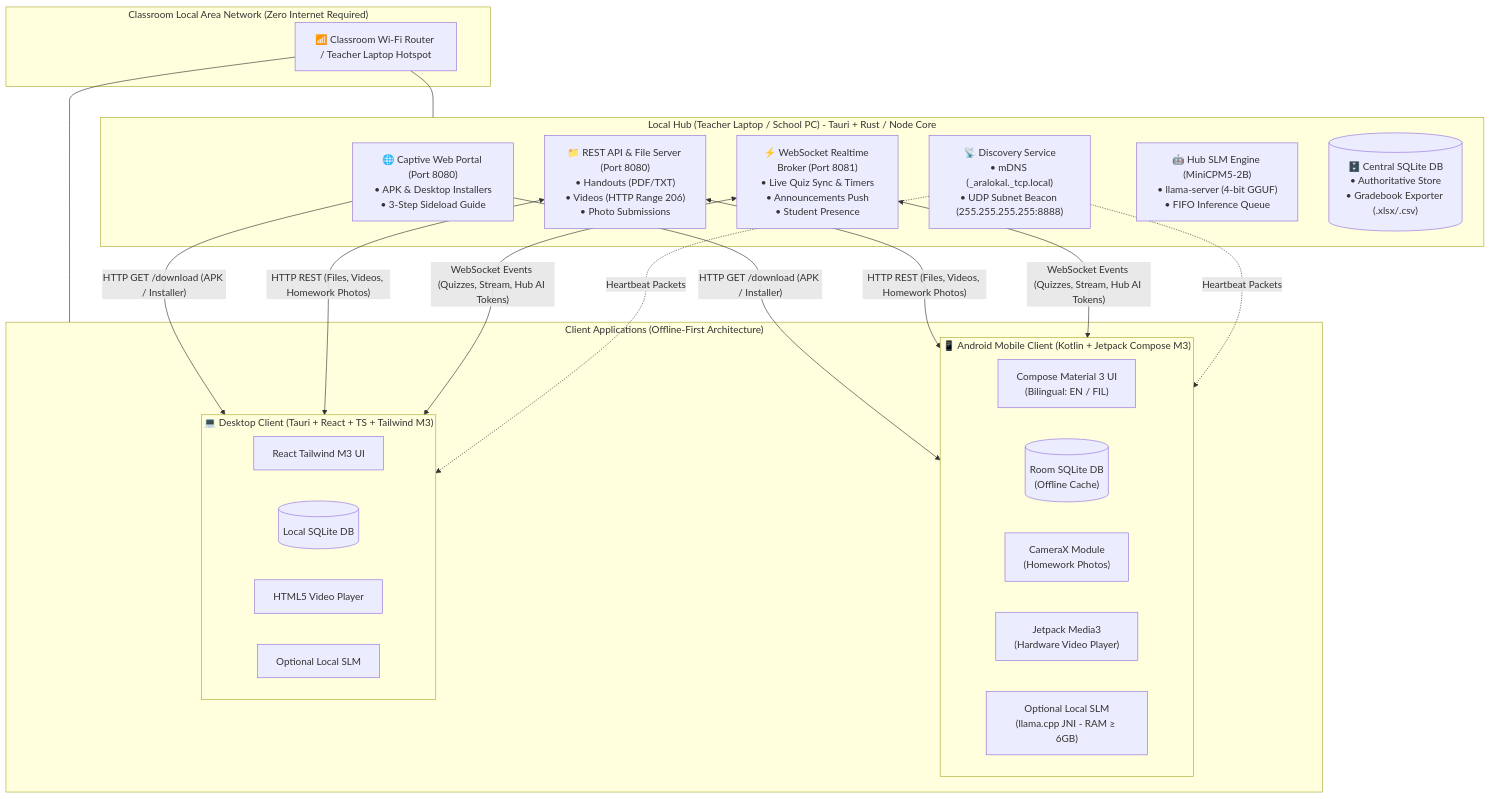
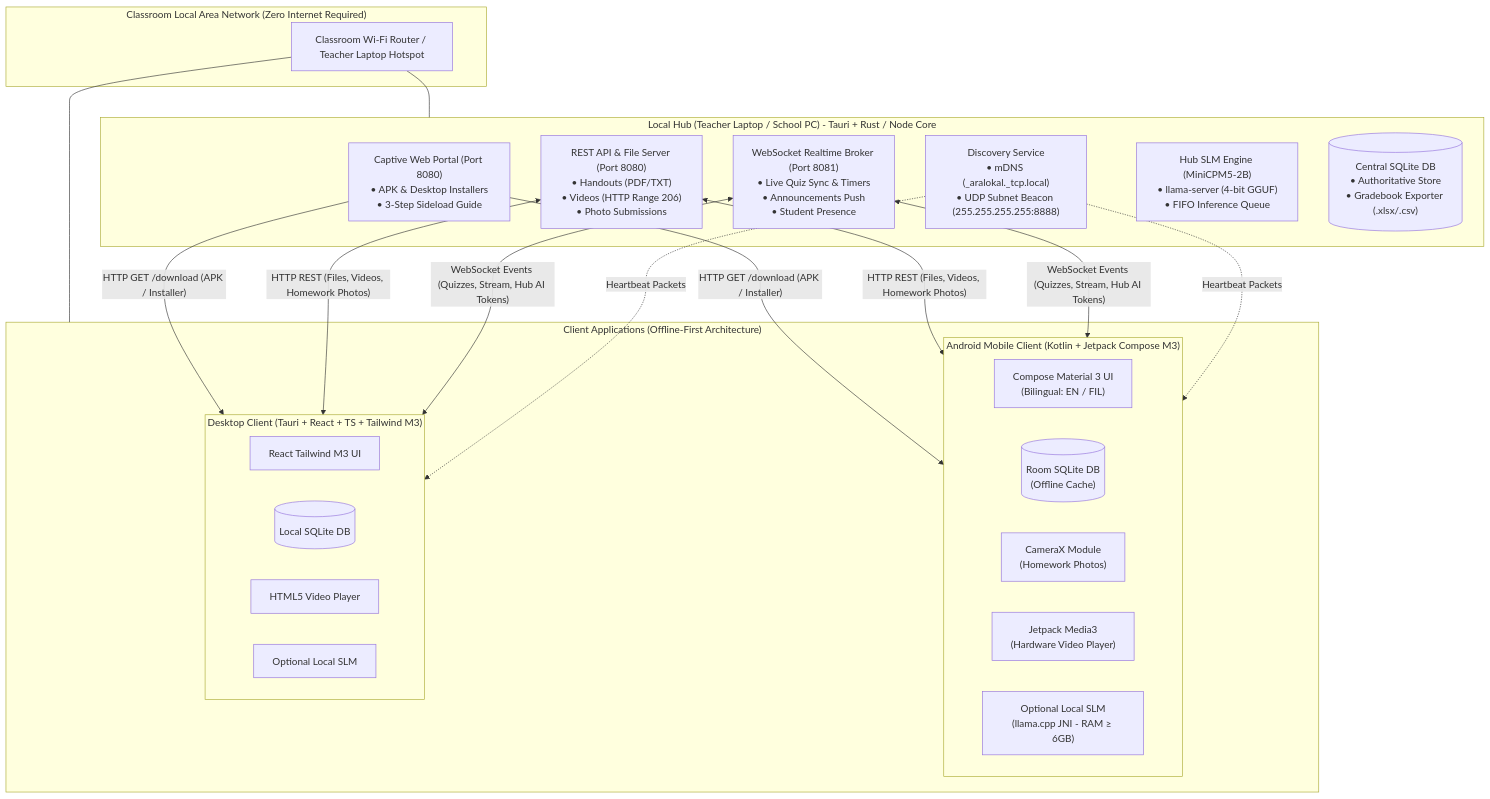
The first of 3 diagrams in README.md (BootlegYouki/AraLokal), drawn with Mermaid before and after one commit. The commit also changed other lines of this file and 1 other file, not shown here.

Commit message:
refactor: rename to AraLokal, expand scope to Grades 1-6, remove all emojis, clean Mermaid syntax

````diff
--- a/README.md
+++ b/README.md
@@ -22,40 +22,40 @@
 ```mermaid
 flowchart TD
-    subgraph RouterArea["Classroom Local Area Network (Zero Internet Required)"]
-        Router["📶 Classroom Wi-Fi Router / Teacher Laptop Hotspot"]
-    end
+ subgraph RouterArea["Classroom Local Area Network (Zero Internet Required)"]
+ Router["Classroom Wi-Fi Router / Teacher Laptop Hotspot"]
+ end
 
-    subgraph HubServer["Local Hub (Teacher Laptop / School PC) - Tauri + Rust / Node Core"]
-        Captive["🌐 Captive Web Portal (Port 8080)<br/>• APK & Desktop Installers<br/>• 3-Step Sideload Guide"]
-        RestEngine["📁 REST API & File Server (Port 8080)<br/>• Handouts (PDF/TXT)<br/>• Videos (HTTP Range 206)<br/>• Photo Submissions"]
-        WsBroker["⚡ WebSocket Realtime Broker (Port 8081)<br/>• Live Quiz Sync & Timers<br/>• Announcements Push<br/>• Student Presence"]
-        Discovery["📡 Discovery Service<br/>• mDNS (_aralokal._tcp.local)<br/>• UDP Subnet Beacon (255.255.255.255:8888)"]
-        HubAI["🤖 Hub SLM Engine (MiniCPM5-2B)<br/>• llama-server (4-bit GGUF)<br/>• FIFO Inference Queue"]
-        CentralDB[("🗄️ Central SQLite DB<br/>• Authoritative Store<br/>• Gradebook Exporter (.xlsx/.csv)")]
-    end
+ subgraph HubServer["Local Hub (Teacher Laptop / School PC) - Tauri + Rust / Node Core"]
+ Captive["Captive Web Portal (Port 8080)<br/>• APK & Desktop Installers<br/>• 3-Step Sideload Guide"]
+ RestEngine["REST API & File Server (Port 8080)<br/>• Handouts (PDF/TXT)<br/>• Videos (HTTP Range 206)<br/>• Photo Submissions"]
+ WsBroker["WebSocket Realtime Broker (Port 8081)<br/>• Live Quiz Sync & Timers<br/>• Announcements Push<br/>• Student Presence"]
+ Discovery["Discovery Service<br/>• mDNS (_aralokal._tcp.local)<br/>• UDP Subnet Beacon (255.255.255.255:8888)"]
+ HubAI["Hub SLM Engine (MiniCPM5-2B)<br/>• llama-server (4-bit GGUF)<br/>• FIFO Inference Queue"]
+ CentralDB[("Central SQLite DB<br/>• Authoritative Store<br/>• Gradebook Exporter (.xlsx/.csv)")]
+ end
 
-    subgraph ClientApps["Client Applications (Offline-First Architecture)"]
-        subgraph AndroidClient["📱 Android Mobile Client (Kotlin + Jetpack Compose M3)"]
-            DroidUI["Compose Material 3 UI<br/>(Bilingual: EN / FIL)"]
-            DroidRoom[("Room SQLite DB<br/>(Offline Cache)")]
-            DroidCam["CameraX Module<br/>(Homework Photos)"]
-            DroidMedia["Jetpack Media3<br/>(Hardware Video Player)"]
-            DroidAI["Optional Local SLM<br/>(llama.cpp JNI - RAM ≥ 6GB)"]
-        end
+ subgraph ClientApps["Client Applications (Offline-First Architecture)"]
+ subgraph AndroidClient["Android Mobile Client (Kotlin + Jetpack Compose M3)"]
+ DroidUI["Compose Material 3 UI<br/>(Bilingual: EN / FIL)"]
+ DroidRoom[("Room SQLite DB<br/>(Offline Cache)")]
+ DroidCam["CameraX Module<br/>(Homework Photos)"]
+ DroidMedia["Jetpack Media3<br/>(Hardware Video Player)"]
+ DroidAI["Optional Local SLM<br/>(llama.cpp JNI - RAM ≥ 6GB)"]
+ end
 
-        subgraph DesktopClient["💻 Desktop Client (Tauri + React + TS + Tailwind M3)"]
-            DeskUI["React Tailwind M3 UI"]
-            DeskSQLite[("Local SQLite DB")]
-            DeskVideo["HTML5 Video Player"]
-            DeskAI["Optional Local SLM"]
-        end
-    end
+ subgraph DesktopClient["Desktop Client (Tauri + React + TS + Tailwind M3)"]
+ DeskUI["React Tailwind M3 UI"]
+ DeskSQLite[("Local SQLite DB")]
+ DeskVideo["HTML5 Video Player"]
+ DeskAI["Optional Local SLM"]
+ end
+ end
 
-    Router --- HubServer
-    Router --- ClientApps
+ Router --- HubServer
+ Router --- ClientApps
 
-    Captive -->|"HTTP GET /download (APK / Installer)"| AndroidClient & DesktopClient
-    RestEngine <-->|"HTTP REST (Files, Videos, Homework Photos)"| AndroidClient & DesktopClient
-    WsBroker <-->|"WebSocket Events (Quizzes, Stream, Hub AI Tokens)"| AndroidClient & DesktopClient
-    Discovery -.->|"Heartbeat Packets"| AndroidClient & DesktopClient
+ Captive -->|"HTTP GET /download (APK / Installer)"| AndroidClient & DesktopClient
+ RestEngine <-->|"HTTP REST (Files, Videos, Homework Photos)"| AndroidClient & DesktopClient
+ WsBroker <-->|"WebSocket Events (Quizzes, Stream, Hub AI Tokens)"| AndroidClient & DesktopClient
+ Discovery -.->|"Heartbeat Packets"| AndroidClient & DesktopClient
 ```
````
